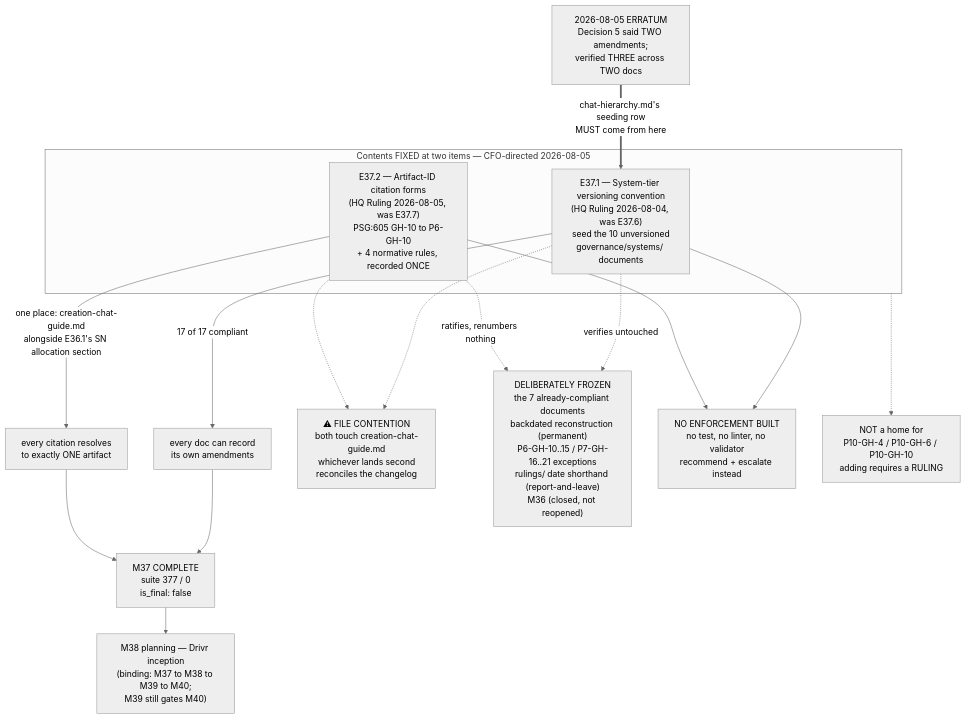
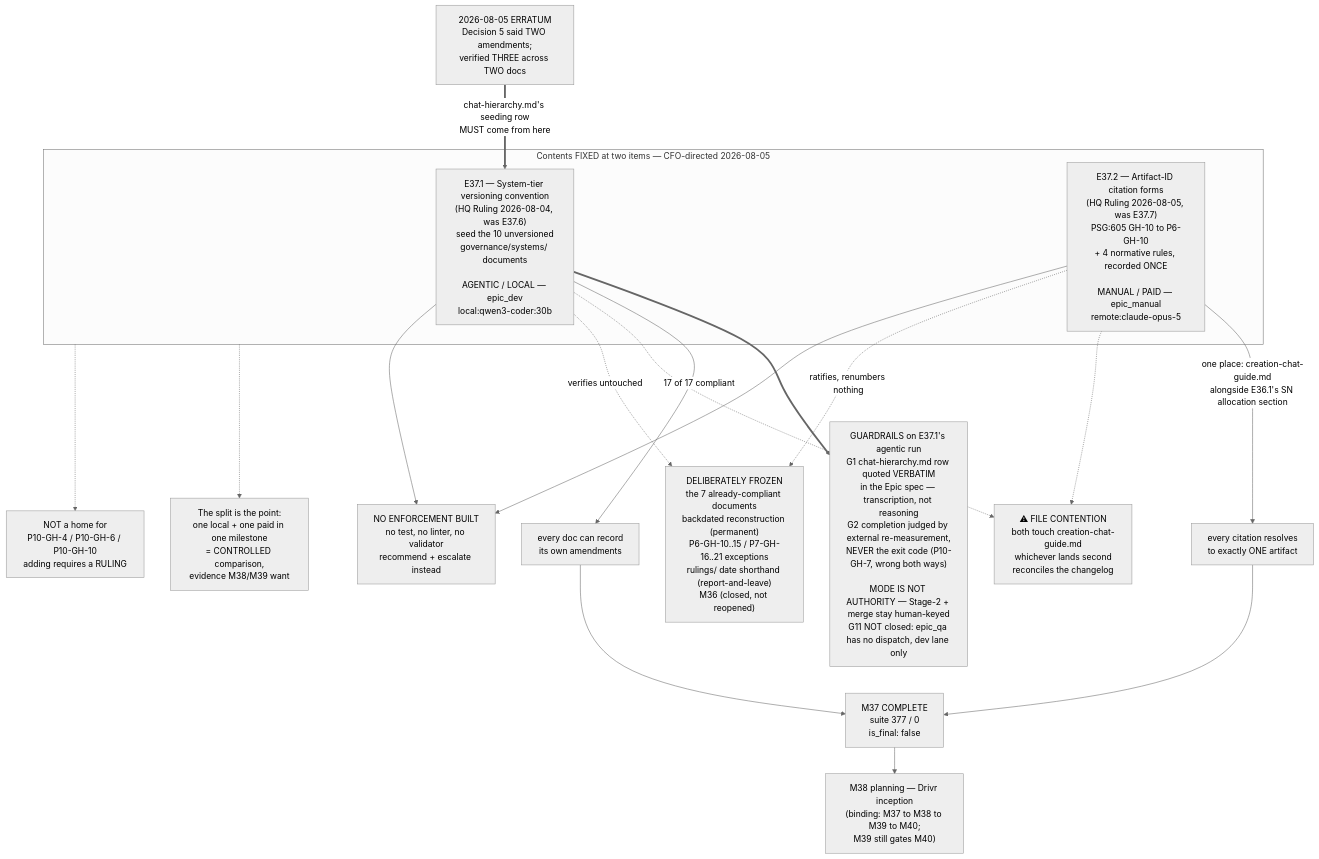
One commit to panchew/ai-project-system changed the diagram in docs/phases/P11__Drivr_Coordination_Over_Rented_Execution/P11-M37__milestone-spec.md. Above: the diagram before and after it, drawn with Mermaid (neutral theme). The commit also changed other lines of this file and 1 other file, not shown here.

First line of the commit message:
governance(P11-M37): amend execution posture — E37.1 agentic/local (CFO)

````diff
--- a/docs/phases/P11__Drivr_Coordination_Over_Rented_Execution/P11-M37__milestone-spec.md
+++ b/docs/phases/P11__Drivr_Coordination_Over_Rented_Execution/P11-M37__milestone-spec.md
@@ -633,32 +717,38 @@
 ```mermaid
 flowchart TB
     subgraph FIXED["Contents FIXED at two items — CFO-directed 2026-08-05"]
-        E1["E37.1 — System-tier versioning convention<br/>(HQ Ruling 2026-08-04, was E37.6)<br/>seed the 10 unversioned<br/>governance/systems/ documents"]
-        E2["E37.2 — Artifact-ID citation forms<br/>(HQ Ruling 2026-08-05, was E37.7)<br/>PSG:605 GH-10 to P6-GH-10<br/>+ 4 normative rules, recorded ONCE"]
+        E1["E37.1 — System-tier versioning convention<br/>(HQ Ruling 2026-08-04, was E37.6)<br/>seed the 10 unversioned<br/>governance/systems/ documents<br/><br/>AGENTIC / LOCAL — epic_dev<br/>local:qwen3-coder:30b"]
+        E2["E37.2 — Artifact-ID citation forms<br/>(HQ Ruling 2026-08-05, was E37.7)<br/>PSG:605 GH-10 to P6-GH-10<br/>+ 4 normative rules, recorded ONCE<br/><br/>MANUAL / PAID — epic_manual<br/>remote:claude-opus-5"]
     end
+
+    GUARD["GUARDRAILS on E37.1's agentic run<br/>G1 chat-hierarchy.md row quoted VERBATIM<br/>in the Epic spec — transcription, not reasoning<br/>G2 completion judged by external re-measurement,<br/>NEVER the exit code (P10-GH-7, wrong both ways)<br/><br/>MODE IS NOT AUTHORITY — Stage-2 + merge stay human-keyed<br/>G11 NOT closed: epic_qa has no dispatch, dev lane only"]
+    E1 ==> GUARD
+
+    SPLIT["The split is the point:<br/>one local + one paid in one milestone<br/>= CONTROLLED comparison,<br/>evidence M38/M39 want"]
+    FIXED -.-> SPLIT
 
     ERR["2026-08-05 ERRATUM<br/>Decision 5 said TWO amendments;<br/>verified THREE across TWO docs"]
     ERR ==>|"chat-hierarchy.md's seeding row<br/>MUST come from here"| E1
 
     E1 -->|"17 of 17 compliant"| OK1["every doc can record<br/>its own amendments"]
     E2 -->|"one place: creation-chat-guide.md<br/>alongside E36.1's SN allocation section"| OK2["every citation resolves<br/>to exactly ONE artifact"]
 
     CONT["⚠ FILE CONTENTION<br/>both touch creation-chat-guide.md<br/>whichever lands second<br/>reconciles the changelog"]
     E1 -.-> CONT
     E2 -.-> CONT
 
     FROZEN["DELIBERATELY FROZEN<br/>the 7 already-compliant documents<br/>backdated reconstruction (permanent)<br/>P6-GH-10..15 / P7-GH-16..21 exceptions<br/>rulings/ date shorthand (report-and-leave)<br/>M36 (closed, not reopened)"]
     E1 -.verifies untouched.-> FROZEN
     E2 -.ratifies, renumbers nothing.-> FROZEN
 
     NOENF["NO ENFORCEMENT BUILT<br/>no test, no linter, no validator<br/>recommend + escalate instead"]
     E1 --> NOENF
     E2 --> NOENF
 
     FENCE["NOT a home for<br/>P10-GH-4 / P10-GH-6 / P10-GH-10<br/>adding requires a RULING"]
     FIXED -.-> FENCE
 
     OK1 --> DONE["M37 COMPLETE<br/>suite 377 / 0<br/>is_final: false"]
     OK2 --> DONE
     DONE --> M38["M38 planning — Drivr inception<br/>(binding: M37 to M38 to M39 to M40;<br/>M39 still gates M40)"]
 ```
````
